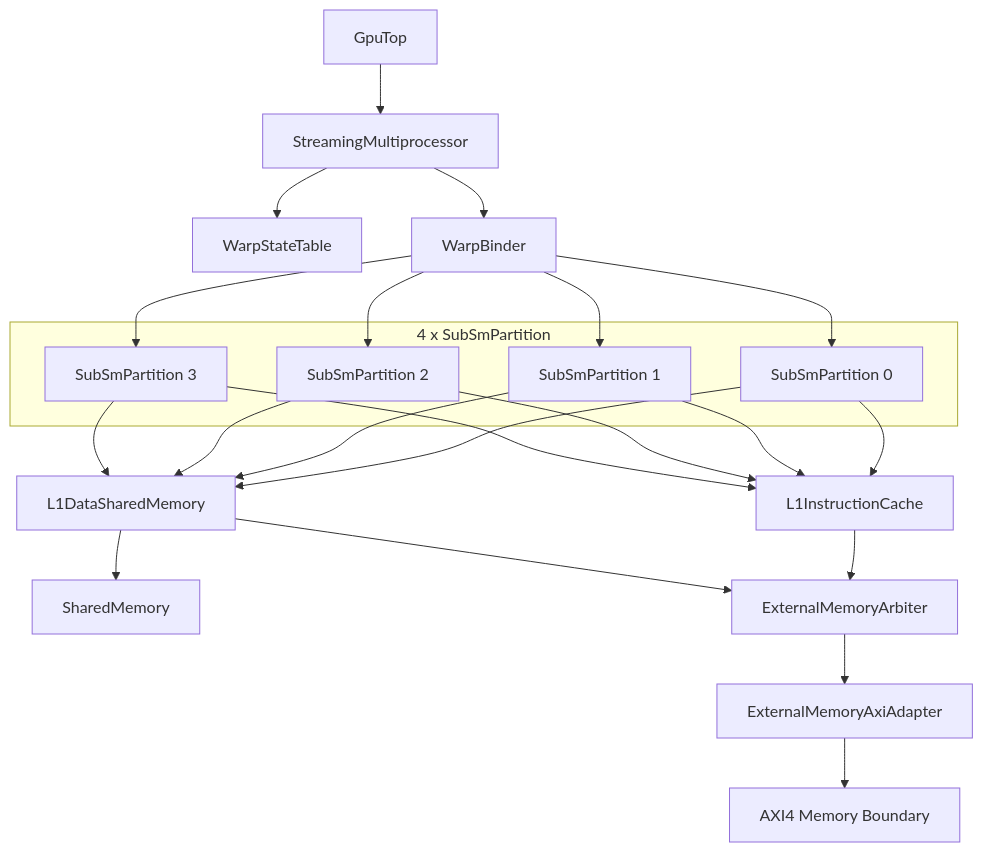
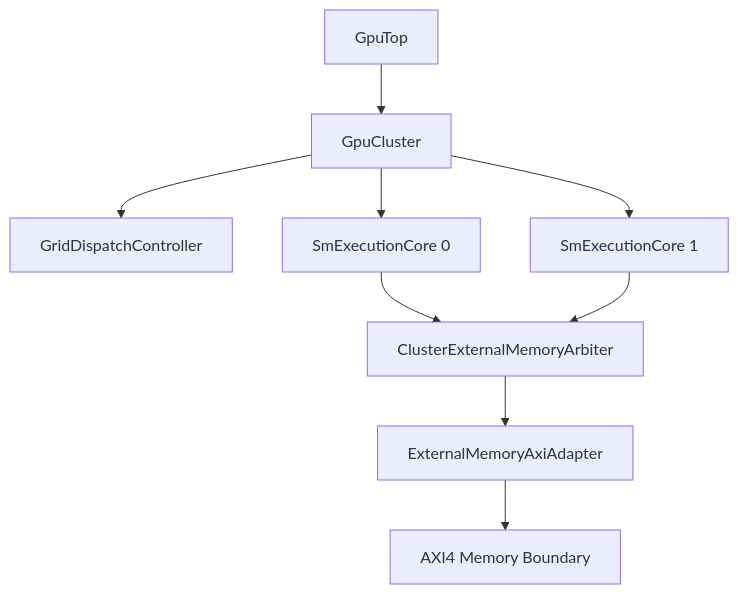
The first of 4 diagrams in docs/architecture.md (lastweek/SpinalGPU), drawn with Mermaid before and after one commit. The commit also changed other lines of this file and 34 other files, not shown here.

````diff
--- a/docs/architecture.md
+++ b/docs/architecture.md
@@ -135,40 +163,19 @@
 ```mermaid
 flowchart TB
   GpuTop[GpuTop]
   AXI[AXI4 Memory Boundary]
-  SM[StreamingMultiprocessor]
-  WST[WarpStateTable]
-  BINDER[WarpBinder]
-  L1I[L1InstructionCache]
-  L1D[L1DataSharedMemory]
-  SHMEM[SharedMemory]
-  ARB[ExternalMemoryArbiter]
+  CLUSTER[GpuCluster]
+  DISPATCH[GridDispatchController]
+  CMEM[ClusterExternalMemoryArbiter]
   AXIADAPT[ExternalMemoryAxiAdapter]
+  SM0[SmExecutionCore 0]
+  SM1[SmExecutionCore 1]
 
-  subgraph PARTS[4 x SubSmPartition]
-    SUB0[SubSmPartition 0]
-    SUB1[SubSmPartition 1]
-    SUB2[SubSmPartition 2]
-    SUB3[SubSmPartition 3]
-  end
-
-  GpuTop --> SM
-  SM --> WST
-  SM --> BINDER
-  BINDER --> SUB0
-  BINDER --> SUB1
-  BINDER --> SUB2
-  BINDER --> SUB3
-  SUB0 --> L1I
-  SUB1 --> L1I
-  SUB2 --> L1I
-  SUB3 --> L1I
-  SUB0 --> L1D
-  SUB1 --> L1D
-  SUB2 --> L1D
-  SUB3 --> L1D
-  L1D --> SHMEM
-  L1I --> ARB
-  L1D --> ARB
-  ARB --> AXIADAPT --> AXI
+  GpuTop --> CLUSTER
+  CLUSTER --> DISPATCH
+  CLUSTER --> SM0
+  CLUSTER --> SM1
+  SM0 --> CMEM
+  SM1 --> CMEM
+  CMEM --> AXIADAPT --> AXI
 ```
````
